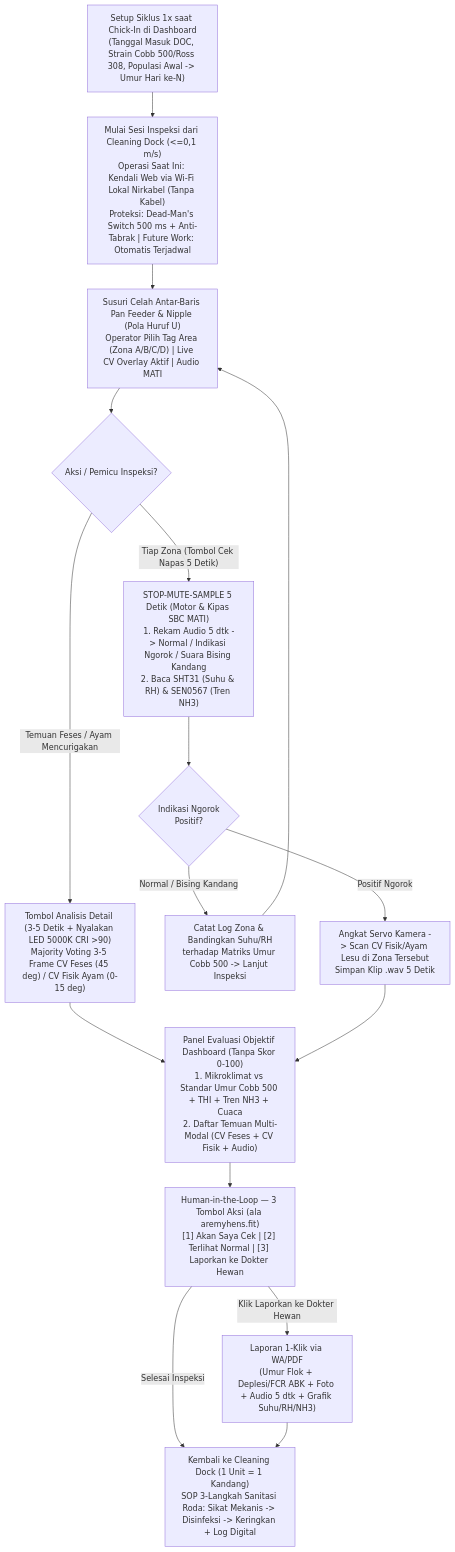
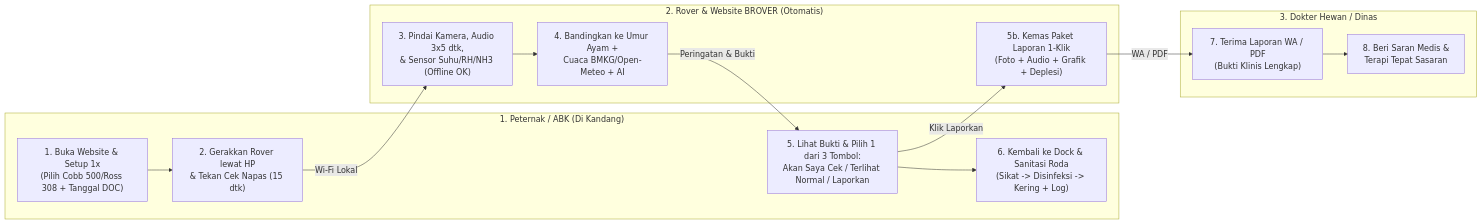
The diagram in 06_Project_Concept_BROVER/PROJECT_CONCEPT_BROVER.md (HikariReiziq/BROVER), drawn with Mermaid before and after one commit. The commit also changed other lines of this file and 47 other files, not shown here.

````diff
--- a/06_Project_Concept_BROVER/PROJECT_CONCEPT_BROVER.md
+++ b/06_Project_Concept_BROVER/PROJECT_CONCEPT_BROVER.md
@@ -186,18 +234,21 @@
 ```mermaid
-flowchart TD
-    S0["Setup Siklus 1x saat Chick-In di Dashboard<br/>(Tanggal Masuk DOC, Strain Cobb 500/Ross 308, Populasi Awal -> Umur Hari ke-N)"] --> A["Mulai Sesi Inspeksi dari Cleaning Dock (<=0,1 m/s)<br/>Operasi Saat Ini: Kendali Web via Wi-Fi Lokal Nirkabel (Tanpa Kabel)<br/>Proteksi: Dead-Man's Switch 500 ms + Anti-Tabrak | Future Work: Otomatis Terjadwal"]
-    A --> B["Susuri Celah Antar-Baris Pan Feeder & Nipple (Pola Huruf U)<br/>Operator Pilih Tag Area (Zona A/B/C/D) | Live CV Overlay Aktif | Audio MATI"]
-    B --> C{"Aksi / Pemicu Inspeksi?"}
-    C -- "Tiap Zona (Tombol Cek Napas 5 Detik)" --> D["STOP-MUTE-SAMPLE 5 Detik (Motor & Kipas SBC MATI)<br/>1. Rekam Audio 5 dtk -> Normal / Indikasi Ngorok / Suara Bising Kandang<br/>2. Baca SHT31 (Suhu & RH) & SEN0567 (Tren NH3)"]
-    C -- "Temuan Feses / Ayam Mencurigakan" --> E["Tombol Analisis Detail (3-5 Detik + Nyalakan LED 5000K CRI >90)<br/>Majority Voting 3-5 Frame CV Feses (45 deg) / CV Fisik Ayam (0-15 deg)"]
-    D --> F{"Indikasi Ngorok<br/>Positif?"}
-    F -- "Normal / Bising Kandang" --> G["Catat Log Zona & Bandingkan Suhu/RH<br/>terhadap Matriks Umur Cobb 500 -> Lanjut Inspeksi"]
-    F -- "Positif Ngorok" --> H["Angkat Servo Kamera -> Scan CV Fisik/Ayam Lesu di Zona Tersebut<br/>Simpan Klip .wav 5 Detik"]
-    E --> I["Panel Evaluasi Objektif Dashboard (Tanpa Skor 0-100)<br/>1. Mikroklimat vs Standar Umur Cobb 500 + THI + Tren NH3 + Cuaca<br/>2. Daftar Temuan Multi-Modal (CV Feses + CV Fisik + Audio)"]
-    H --> I
-    G --> B
-    I --> J["Human-in-the-Loop — 3 Tombol Aksi (ala aremyhens.fit)<br/>[1] Akan Saya Cek | [2] Terlihat Normal | [3] Laporkan ke Dokter Hewan"]
-    J -- "Klik Laporkan ke Dokter Hewan" --> K["Laporan 1-Klik via WA/PDF<br/>(Umur Flok + Deplesi/FCR ABK + Foto + Audio 5 dtk + Grafik Suhu/RH/NH3)"]
-    J -- "Selesai Inspeksi" --> L["Kembali ke Cleaning Dock (1 Unit = 1 Kandang)<br/>SOP 3-Langkah Sanitasi Roda: Sikat Mekanis -> Disinfeksi -> Keringkan + Log Digital"]
-    K --> L
+flowchart LR
+    subgraph U1["1. Peternak / ABK (Di Kandang)"]
+        A1["1. Buka Website & Setup 1x<br/>(Pilih Cobb 500/Ross 308 + Tanggal DOC)"] --> A2["2. Gerakkan Rover lewat HP<br/>& Tekan Cek Napas (15 dtk)"]
+        A5["5. Lihat Bukti & Pilih 1 dari 3 Tombol:<br/>Akan Saya Cek / Terlihat Normal / Laporkan"] --> A6["6. Kembali ke Dock & Sanitasi Roda<br/>(Sikat -> Disinfeksi -> Kering + Log)"]
+    end
+
+    subgraph U2["2. Rover & Website BROVER (Otomatis)"]
+        B1["3. Pindai Kamera, Audio 3x5 dtk,<br/>& Sensor Suhu/RH/NH3 (Offline OK)"] --> B2["4. Bandingkan ke Umur Ayam +<br/>Cuaca BMKG/Open-Meteo + AI"]
+        B3["5b. Kemas Paket Laporan 1-Klik<br/>(Foto + Audio + Grafik + Deplesi)"]
+    end
+
+    subgraph U3["3. Dokter Hewan / Dinas"]
+        C1["7. Terima Laporan WA / PDF<br/>(Bukti Klinis Lengkap)"] --> C2["8. Beri Saran Medis &<br/>Terapi Tepat Sasaran"]
+    end
+
+    A2 -- "Wi-Fi Lokal" --> B1
+    B2 -- "Peringatan & Bukti" --> A5
+    A5 -- "Klik Laporkan" --> B3
+    B3 -- "WA / PDF" --> C1
 ```
````
